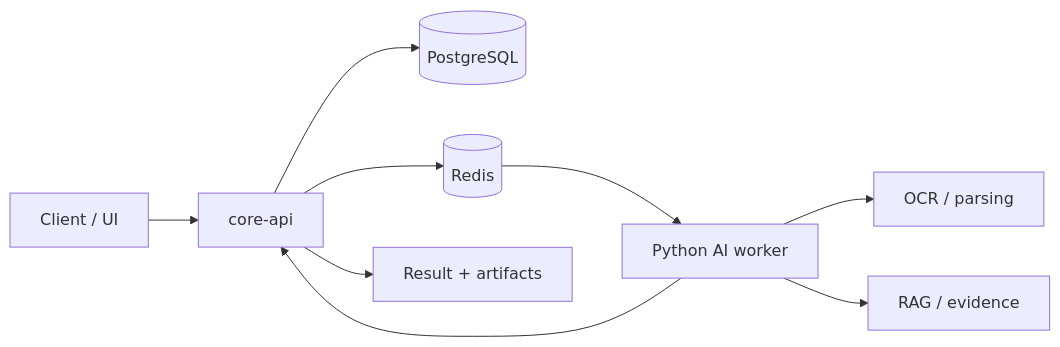
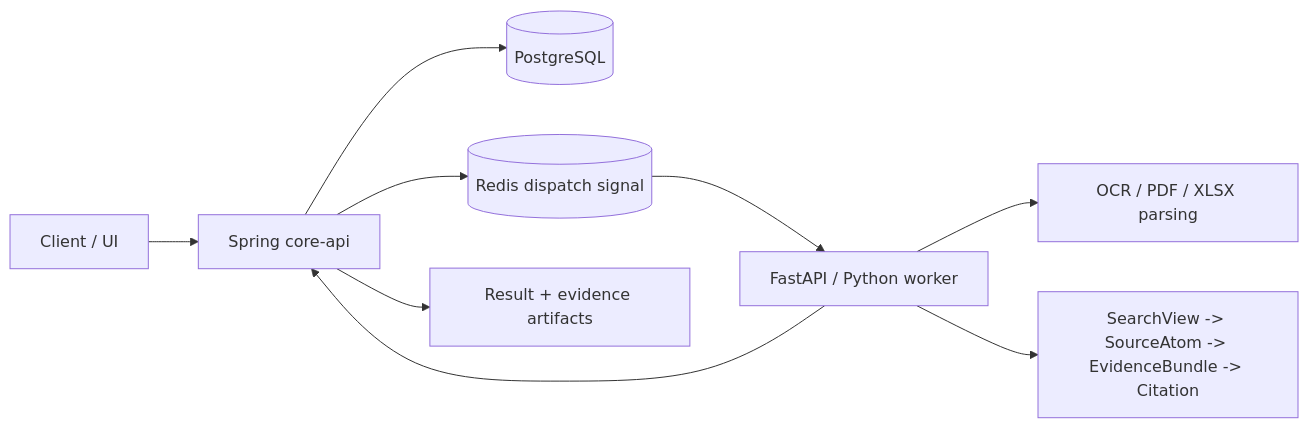
The diagram in README.md (sfr9802/async-ai-document-pipeline-with-domain-rag), drawn with Mermaid before and after one commit. The commit also changed other lines of this file and 2 other files, not shown here.

Commit message:
Rewrite README surfaces for source-grounded RAG

````diff
--- a/README.md
+++ b/README.md
@@ -54,11 +44,11 @@
 ```mermaid
 flowchart LR
-    Client["Client / UI"] --> Core["core-api"]
+    Client["Client / UI"] --> Core["Spring core-api"]
     Core --> DB[("PostgreSQL")]
-    Core --> Redis[("Redis")]
-    Redis --> Worker["Python AI worker"]
-    Worker --> OCR["OCR / parsing"]
-    Worker --> RAG["RAG / evidence"]
+    Core --> Redis[("Redis dispatch signal")]
+    Redis --> Worker["FastAPI / Python worker"]
+    Worker --> Parse["OCR / PDF / XLSX parsing"]
+    Worker --> RAG["SearchView -> SourceAtom -> EvidenceBundle -> Citation"]
     Worker --> Core
-    Core --> Result["Result + artifacts"]
+    Core --> Result["Result + evidence artifacts"]
 ```
````
